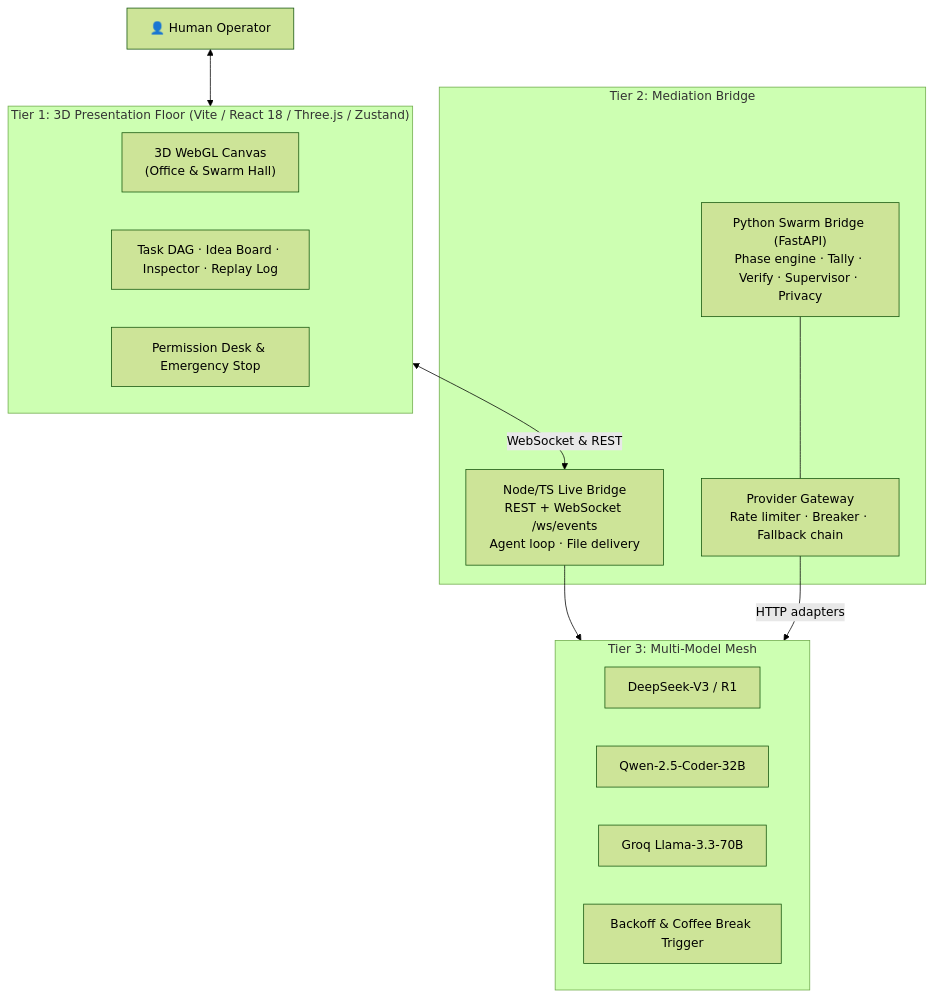
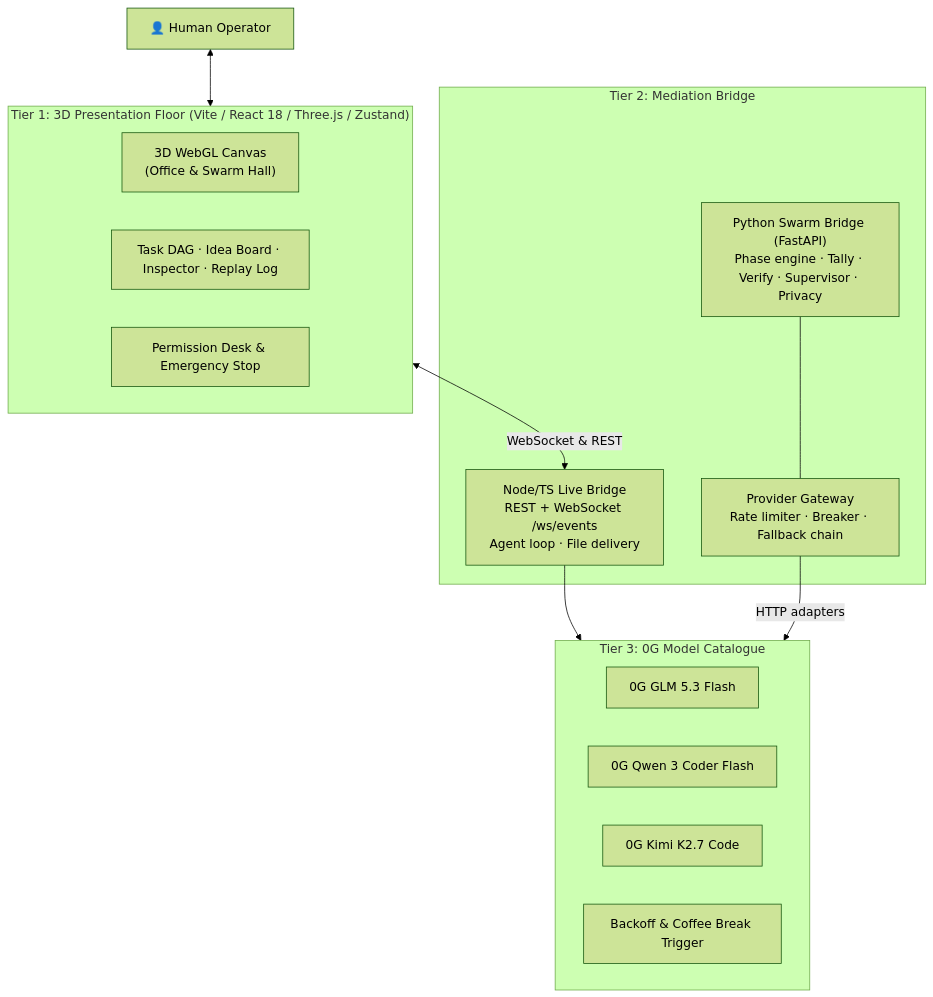
The second of 3 diagrams in README.md (Failureguy94/AUTONEX), drawn with Mermaid (forest theme) before and after one commit. The commit also changed other lines of this file and 86 other files, not shown here.

````diff
--- a/README.md
+++ b/README.md
@@ -237,29 +237,29 @@
 ```mermaid
 flowchart TB
     User["👤 Human Operator"]
 
     subgraph Floor["Tier 1: 3D Presentation Floor (Vite / React 18 / Three.js / Zustand)"]
         Canvas["3D WebGL Canvas<br/>(Office & Swarm Hall)"]
         Panels["Task DAG · Idea Board · Inspector · Replay Log"]
         Safety["Permission Desk & Emergency Stop"]
     end
 
     subgraph Bridge["Tier 2: Mediation Bridge"]
         Node["Node/TS Live Bridge<br/>REST + WebSocket /ws/events<br/>Agent loop · File delivery"]
         Py["Python Swarm Bridge (FastAPI)<br/>Phase engine · Tally · Verify · Supervisor · Privacy"]
         Gateway["Provider Gateway<br/>Rate limiter · Breaker · Fallback chain"]
     end
 
-    subgraph Models["Tier 3: Multi-Model Mesh"]
-        DS["DeepSeek-V3 / R1"]
-        Qwen["Qwen-2.5-Coder-32B"]
-        Groq["Groq Llama-3.3-70B"]
+    subgraph Models["Tier 3: 0G Model Catalogue"]
+        GLM["0G GLM 5.3 Flash"]
+        Qwen["0G Qwen 3 Coder Flash"]
+        Kimi["0G Kimi K2.7 Code"]
         Backoff["Backoff & Coffee Break Trigger"]
     end
 
     User <--> Floor
     Floor <-->|"WebSocket & REST"| Node
     Node --> Models
     Py --- Gateway
     Gateway -->|"HTTP adapters"| Models
 ```
````
